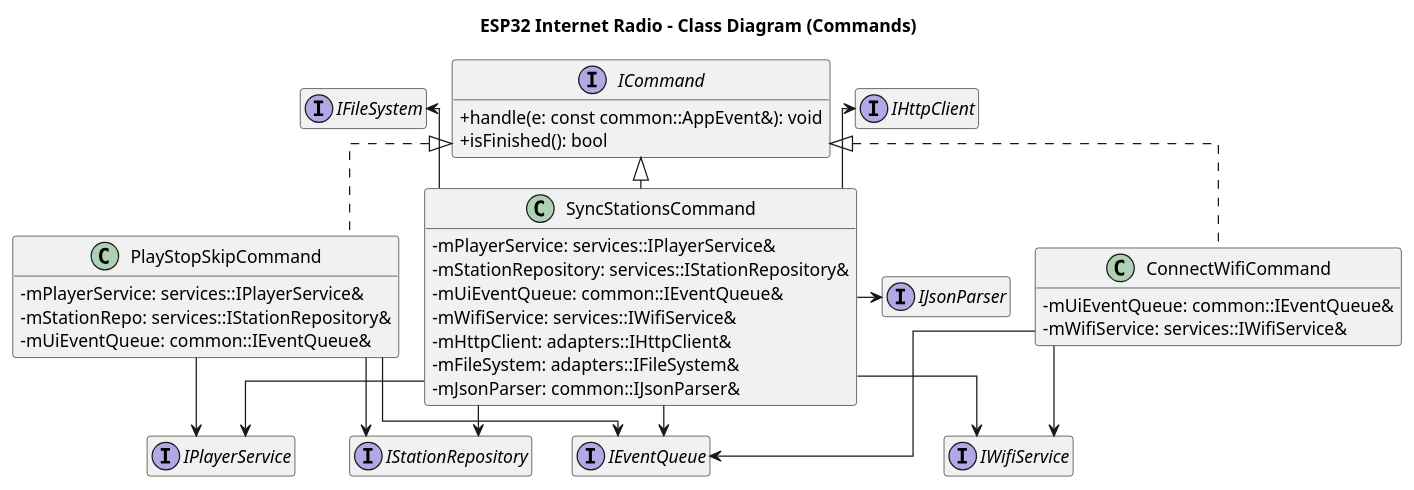
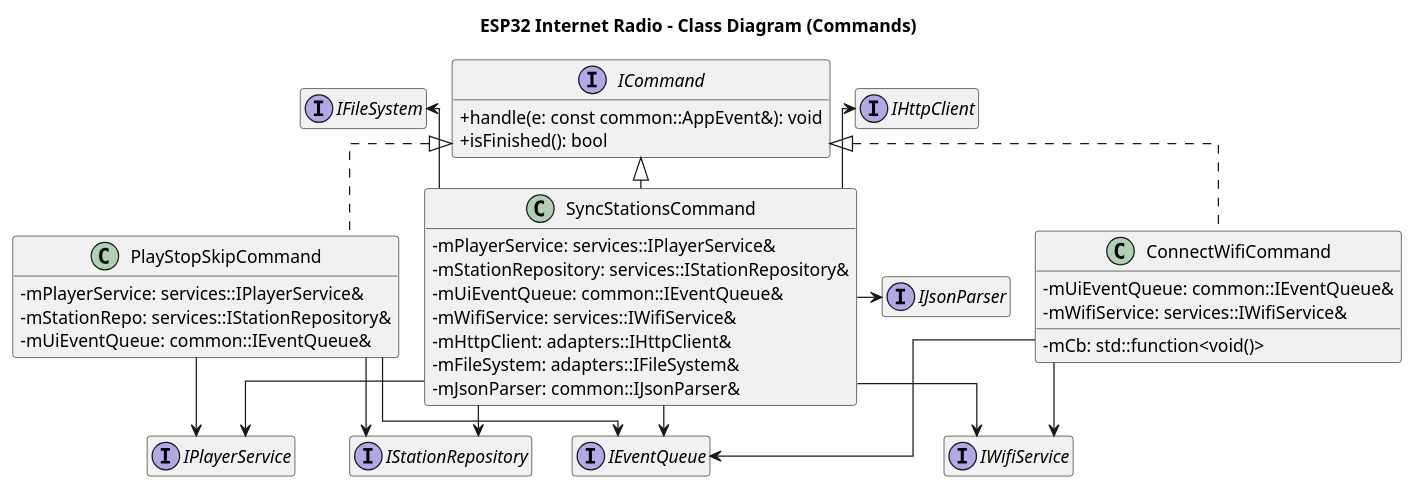
Before and after one commit to ArturChechui/esp_radio: the diagram in docs/diagrams/class/class_commands.puml, drawn with PlantUML. The commit also changed 660 other files, not shown here.

```diff
--- a/docs/diagrams/class/class_commands.puml
+++ b/docs/diagrams/class/class_commands.puml
@@ -1,68 +1,69 @@
 @startuml class_commands.puml
 title ESP32 Internet Radio - Class Diagram (Commands)
 
 skinparam backgroundColor white
 skinparam shadowing false
 skinparam linetype ortho
 skinparam classAttributeIconSize 0
 skinparam packageStyle rectangle
 hide empty members
 hide empty methods
 hide empty fields
 skinparam nodesep 20
 skinparam ranksep 25
 
 interface ICommand {
     +handle(e: const common::AppEvent&): void
     +isFinished(): bool
 }
 
 class PlayStopSkipCommand {
     -mPlayerService: services::IPlayerService&
     -mStationRepo: services::IStationRepository&
     -mUiEventQueue: common::IEventQueue&
 }
 
 class SyncStationsCommand {
     -mPlayerService: services::IPlayerService&
     -mStationRepository: services::IStationRepository&
     -mUiEventQueue: common::IEventQueue&
     -mWifiService: services::IWifiService& 
     -mHttpClient: adapters::IHttpClient&
     -mFileSystem: adapters::IFileSystem&
     -mJsonParser: common::IJsonParser&
 }
 
 class ConnectWifiCommand {
     -mUiEventQueue: common::IEventQueue&
     -mWifiService: services::IWifiService& 
+    -mCb: std::function<void()>
 }
 
 interface IPlayerService
 interface IStationRepository
 interface IEventQueue
 interface IWifiService
 interface IHttpClient
 interface IFileSystem
 interface IJsonParser
 
 PlayStopSkipCommand .up.|> ICommand
 SyncStationsCommand .up.|> ICommand
 ConnectWifiCommand .up.|> ICommand
 
 PlayStopSkipCommand --> IPlayerService
 PlayStopSkipCommand --> IStationRepository
 PlayStopSkipCommand --> IEventQueue
 
 SyncStationsCommand --> IPlayerService
 SyncStationsCommand --> IStationRepository
 SyncStationsCommand --> IEventQueue
 SyncStationsCommand --> IWifiService
 SyncStationsCommand -up-> IHttpClient
 SyncStationsCommand -up-> IFileSystem
 SyncStationsCommand -right-> IJsonParser
 
 ConnectWifiCommand --> IWifiService
 ConnectWifiCommand --> IEventQueue
 
 @enduml
```
